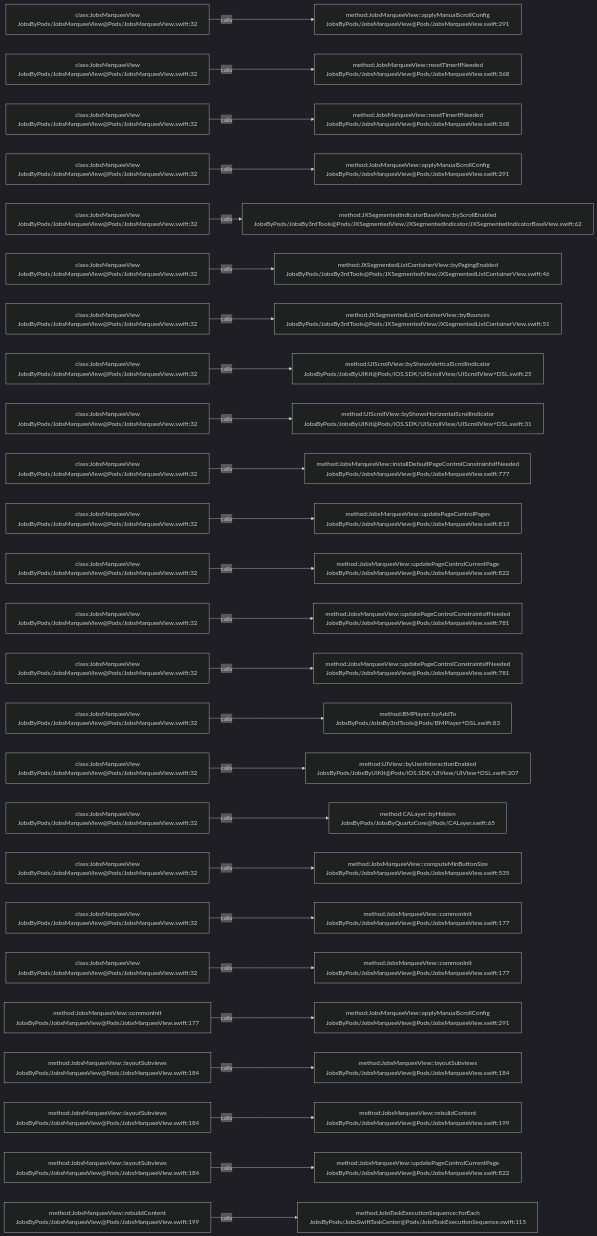
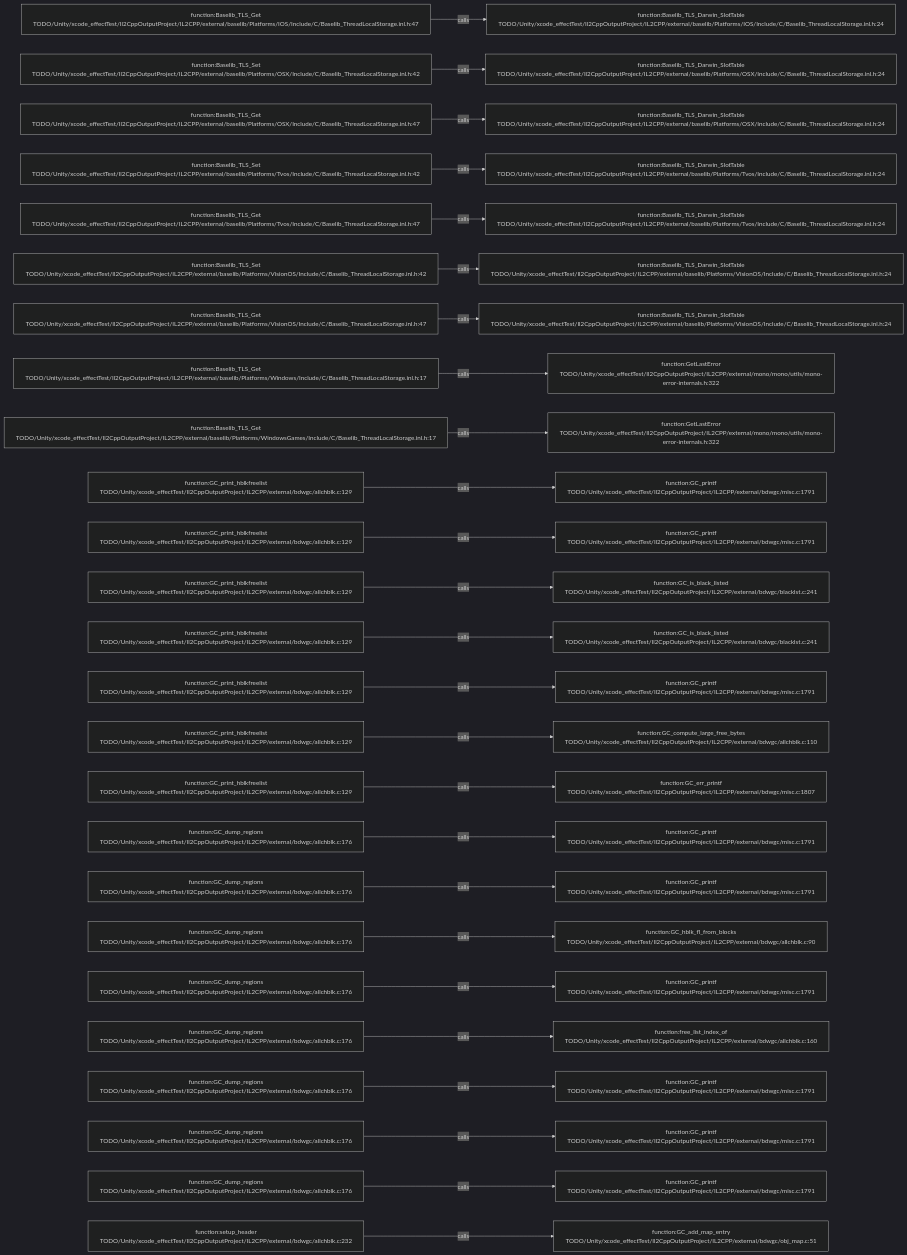
One commit to JobsKits/JobsSwiftBaseConfigDemo changed the diagram in .codegraph/codegraph.md/graphs/calls-141.md. Above: the diagram before and after it, drawn with Mermaid (dark theme). The commit also changed 569 other files, not shown here.

````diff
--- a/.codegraph/codegraph.md/graphs/calls-141.md
+++ b/.codegraph/codegraph.md/graphs/calls-141.md
@@ -13,78 +13,78 @@
 ```mermaid
 flowchart LR
-  S1["class:JobsMarqueeView<br/>JobsByPods/JobsMarqueeView@Pods/JobsMarqueeView.swift:32"]
-  T1["method:JobsMarqueeView::applyManualScrollConfig<br/>JobsByPods/JobsMarqueeView@Pods/JobsMarqueeView.swift:291"]
+  S1["function:Baselib_TLS_Get<br/>TODO/Unity/xcode_effectTest/Il2CppOutputProject/IL2CPP/external/baselib/Platforms/IOS/Include/C/Baselib_ThreadLocalStorage.inl.h:47"]
+  T1["function:Baselib_TLS_Darwin_SlotTable<br/>TODO/Unity/xcode_effectTest/Il2CppOutputProject/IL2CPP/external/baselib/Platforms/IOS/Include/C/Baselib_ThreadLocalStorage.inl.h:24"]
   S1 -->|calls| T1
-  S2["class:JobsMarqueeView<br/>JobsByPods/JobsMarqueeView@Pods/JobsMarqueeView.swift:32"]
-  T2["method:JobsMarqueeView::resetTimerIfNeeded<br/>JobsByPods/JobsMarqueeView@Pods/JobsMarqueeView.swift:368"]
+  S2["function:Baselib_TLS_Set<br/>TODO/Unity/xcode_effectTest/Il2CppOutputProject/IL2CPP/external/baselib/Platforms/OSX/Include/C/Baselib_ThreadLocalStorage.inl.h:42"]
+  T2["function:Baselib_TLS_Darwin_SlotTable<br/>TODO/Unity/xcode_effectTest/Il2CppOutputProject/IL2CPP/external/baselib/Platforms/OSX/Include/C/Baselib_ThreadLocalStorage.inl.h:24"]
   S2 -->|calls| T2
-  S3["class:JobsMarqueeView<br/>JobsByPods/JobsMarqueeView@Pods/JobsMarqueeView.swift:32"]
-  T3["method:JobsMarqueeView::resetTimerIfNeeded<br/>JobsByPods/JobsMarqueeView@Pods/JobsMarqueeView.swift:368"]
+  S3["function:Baselib_TLS_Get<br/>TODO/Unity/xcode_effectTest/Il2CppOutputProject/IL2CPP/external/baselib/Platforms/OSX/Include/C/Baselib_ThreadLocalStorage.inl.h:47"]
+  T3["function:Baselib_TLS_Darwin_SlotTable<br/>TODO/Unity/xcode_effectTest/Il2CppOutputProject/IL2CPP/external/baselib/Platforms/OSX/Include/C/Baselib_ThreadLocalStorage.inl.h:24"]
   S3 -->|calls| T3
-  S4["class:JobsMarqueeView<br/>JobsByPods/JobsMarqueeView@Pods/JobsMarqueeView.swift:32"]
-  T4["method:JobsMarqueeView::applyManualScrollConfig<br/>JobsByPods/JobsMarqueeView@Pods/JobsMarqueeView.swift:291"]
+  S4["function:Baselib_TLS_Set<br/>TODO/Unity/xcode_effectTest/Il2CppOutputProject/IL2CPP/external/baselib/Platforms/Tvos/Include/C/Baselib_ThreadLocalStorage.inl.h:42"]
+  T4["function:Baselib_TLS_Darwin_SlotTable<br/>TODO/Unity/xcode_effectTest/Il2CppOutputProject/IL2CPP/external/baselib/Platforms/Tvos/Include/C/Baselib_ThreadLocalStorage.inl.h:24"]
   S4 -->|calls| T4
-  S5["class:JobsMarqueeView<br/>JobsByPods/JobsMarqueeView@Pods/JobsMarqueeView.swift:32"]
-  T5["method:JXSegmentedIndicatorBaseView::byScrollEnabled<br/>JobsByPods/JobsBy3rdTools@Pods/JXSegmentedView/JXSegmentedIndicator/JXSegmentedIndicatorBaseView.swift:62"]
+  S5["function:Baselib_TLS_Get<br/>TODO/Unity/xcode_effectTest/Il2CppOutputProject/IL2CPP/external/baselib/Platforms/Tvos/Include/C/Baselib_ThreadLocalStorage.inl.h:47"]
+  T5["function:Baselib_TLS_Darwin_SlotTable<br/>TODO/Unity/xcode_effectTest/Il2CppOutputProject/IL2CPP/external/baselib/Platforms/Tvos/Include/C/Baselib_ThreadLocalStorage.inl.h:24"]
   S5 -->|calls| T5
-  S6["class:JobsMarqueeView<br/>JobsByPods/JobsMarqueeView@Pods/JobsMarqueeView.swift:32"]
-  T6["method:JXSegmentedListContainerView::byPagingEnabled<br/>JobsByPods/JobsBy3rdTools@Pods/JXSegmentedView/JXSegmentedListContainerView.swift:46"]
+  S6["function:Baselib_TLS_Set<br/>TODO/Unity/xcode_effectTest/Il2CppOutputProject/IL2CPP/external/baselib/Platforms/VisionOS/Include/C/Baselib_ThreadLocalStorage.inl.h:42"]
+  T6["function:Baselib_TLS_Darwin_SlotTable<br/>TODO/Unity/xcode_effectTest/Il2CppOutputProject/IL2CPP/external/baselib/Platforms/VisionOS/Include/C/Baselib_ThreadLocalStorage.inl.h:24"]
   S6 -->|calls| T6
-  S7["class:JobsMarqueeView<br/>JobsByPods/JobsMarqueeView@Pods/JobsMarqueeView.swift:32"]
-  T7["method:JXSegmentedListContainerView::byBounces<br/>JobsByPods/JobsBy3rdTools@Pods/JXSegmentedView/JXSegmentedListContainerView.swift:51"]
+  S7["function:Baselib_TLS_Get<br/>TODO/Unity/xcode_effectTest/Il2CppOutputProject/IL2CPP/external/baselib/Platforms/VisionOS/Include/C/Baselib_ThreadLocalStorage.inl.h:47"]
+  T7["function:Baselib_TLS_Darwin_SlotTable<br/>TODO/Unity/xcode_effectTest/Il2CppOutputProject/IL2CPP/external/baselib/Platforms/VisionOS/Include/C/Baselib_ThreadLocalStorage.inl.h:24"]
   S7 -->|calls| T7
-  S8["class:JobsMarqueeView<br/>JobsByPods/JobsMarqueeView@Pods/JobsMarqueeView.swift:32"]
-  T8["method:UIScrollView::byShowsVerticalScrollIndicator<br/>JobsByPods/JobsByUIKit@Pods/iOS.SDK/UIScrollView/UIScrollView+DSL.swift:25"]
+  S8["function:Baselib_TLS_Get<br/>TODO/Unity/xcode_effectTest/Il2CppOutputProject/IL2CPP/external/baselib/Platforms/Windows/Include/C/Baselib_ThreadLocalStorage.inl.h:17"]
+  T8["function:GetLastError<br/>TODO/Unity/xcode_effectTest/Il2CppOutputProject/IL2CPP/external/mono/mono/utils/mono-error-internals.h:322"]
   S8 -->|calls| T8
-  S9["class:JobsMarqueeView<br/>JobsByPods/JobsMarqueeView@Pods/JobsMarqueeView.swift:32"]
-  T9["method:UIScrollView::byShowsHorizontalScrollIndicator<br/>JobsByPods/JobsByUIKit@Pods/iOS.SDK/UIScrollView/UIScrollView+DSL.swift:31"]
+  S9["function:Baselib_TLS_Get<br/>TODO/Unity/xcode_effectTest/Il2CppOutputProject/IL2CPP/external/baselib/Platforms/WindowsGames/Include/C/Baselib_ThreadLocalStorage.inl.h:17"]
+  T9["function:GetLastError<br/>TODO/Unity/xcode_effectTest/Il2CppOutputProject/IL2CPP/external/mono/mono/utils/mono-error-internals.h:322"]
   S9 -->|calls| T9
-  S10["class:JobsMarqueeView<br/>JobsByPods/JobsMarqueeView@Pods/JobsMarqueeView.swift:32"]
-  T10["method:JobsMarqueeView::installDefaultPageControlConstraintsIfNeeded<br/>JobsByPods/JobsMarqueeView@Pods/JobsMarqueeView.swift:777"]
+  S10["function:GC_print_hblkfreelist<br/>TODO/Unity/xcode_effectTest/Il2CppOutputProject/IL2CPP/external/bdwgc/allchblk.c:129"]
+  T10["function:GC_printf<br/>TODO/Unity/xcode_effectTest/Il2CppOutputProject/IL2CPP/external/bdwgc/misc.c:1791"]
   S10 -->|calls| T10
-  S11["class:JobsMarqueeView<br/>JobsByPods/JobsMarqueeView@Pods/JobsMarqueeView.swift:32"]
-  T11["method:JobsMarqueeView::updatePageControlPages<br/>JobsByPods/JobsMarqueeView@Pods/JobsMarqueeView.swift:813"]
+  S11["function:GC_print_hblkfreelist<br/>TODO/Unity/xcode_effectTest/Il2CppOutputProject/IL2CPP/external/bdwgc/allchblk.c:129"]
+  T11["function:GC_printf<br/>TODO/Unity/xcode_effectTest/Il2CppOutputProject/IL2CPP/external/bdwgc/misc.c:1791"]
   S11 -->|calls| T11
-  S12["class:JobsMarqueeView<br/>JobsByPods/JobsMarqueeView@Pods/JobsMarqueeView.swift:32"]
-  T12["method:JobsMarqueeView::updatePageControlCurrentPage<br/>JobsByPods/JobsMarqueeView@Pods/JobsMarqueeView.swift:822"]
+  S12["function:GC_print_hblkfreelist<br/>TODO/Unity/xcode_effectTest/Il2CppOutputProject/IL2CPP/external/bdwgc/allchblk.c:129"]
+  T12["function:GC_is_black_listed<br/>TODO/Unity/xcode_effectTest/Il2CppOutputProject/IL2CPP/external/bdwgc/blacklst.c:241"]
   S12 -->|calls| T12
-  S13["class:JobsMarqueeView<br/>JobsByPods/JobsMarqueeView@Pods/JobsMarqueeView.swift:32"]
-  T13["method:JobsMarqueeView::updatePageControlConstraintsIfNeeded<br/>JobsByPods/JobsMarqueeView@Pods/JobsMarqueeView.swift:781"]
+  S13["function:GC_print_hblkfreelist<br/>TODO/Unity/xcode_effectTest/Il2CppOutputProject/IL2CPP/external/bdwgc/allchblk.c:129"]
+  T13["function:GC_is_black_listed<br/>TODO/Unity/xcode_effectTest/Il2CppOutputProject/IL2CPP/external/bdwgc/blacklst.c:241"]
   S13 -->|calls| T13
-  S14["class:JobsMarqueeView<br/>JobsByPods/JobsMarqueeView@Pods/JobsMarqueeView.swift:32"]
-  T14["method:JobsMarqueeView::updatePageControlConstraintsIfNeeded<br/>JobsByPods/JobsMarqueeView@Pods/JobsMarqueeView.swift:781"]
+  S14["function:GC_print_hblkfreelist<br/>TODO/Unity/xcode_effectTest/Il2CppOutputProject/IL2CPP/external/bdwgc/allchblk.c:129"]
+  T14["function:GC_printf<br/>TODO/Unity/xcode_effectTest/Il2CppOutputProject/IL2CPP/external/bdwgc/misc.c:1791"]
   S14 -->|calls| T14
-  S15["class:JobsMarqueeView<br/>JobsByPods/JobsMarqueeView@Pods/JobsMarqueeView.swift:32"]
-  T15["method:BMPlayer::byAddTo<br/>JobsByPods/JobsBy3rdTools@Pods/BMPlayer+DSL.swift:83"]
+  S15["function:GC_print_hblkfreelist<br/>TODO/Unity/xcode_effectTest/Il2CppOutputProject/IL2CPP/external/bdwgc/allchblk.c:129"]
+  T15["function:GC_compute_large_free_bytes<br/>TODO/Unity/xcode_effectTest/Il2CppOutputProject/IL2CPP/external/bdwgc/allchblk.c:110"]
   S15 -->|calls| T15
-  S16["class:JobsMarqueeView<br/>JobsByPods/JobsMarqueeView@Pods/JobsMarqueeView.swift:32"]
-  T16["method:UIView::byUserInteractionEnabled<br/>JobsByPods/JobsByUIKit@Pods/iOS.SDK/UIView/UIView+DSL.swift:207"]
+  S16["function:GC_print_hblkfreelist<br/>TODO/Unity/xcode_effectTest/Il2CppOutputProject/IL2CPP/external/bdwgc/allchblk.c:129"]
+  T16["function:GC_err_printf<br/>TODO/Unity/xcode_effectTest/Il2CppOutputProject/IL2CPP/external/bdwgc/misc.c:1807"]
   S16 -->|calls| T16
-  S17["class:JobsMarqueeView<br/>JobsByPods/JobsMarqueeView@Pods/JobsMarqueeView.swift:32"]
-  T17["method:CALayer::byHidden<br/>JobsByPods/JobsByQuartzCore@Pods/CALayer.swift:65"]
+  S17["function:GC_dump_regions<br/>TODO/Unity/xcode_effectTest/Il2CppOutputProject/IL2CPP/external/bdwgc/allchblk.c:176"]
+  T17["function:GC_printf<br/>TODO/Unity/xcode_effectTest/Il2CppOutputProject/IL2CPP/external/bdwgc/misc.c:1791"]
   S17 -->|calls| T17
-  S18["class:JobsMarqueeView<br/>JobsByPods/JobsMarqueeView@Pods/JobsMarqueeView.swift:32"]
-  T18["method:JobsMarqueeView::computeMinButtonSize<br/>JobsByPods/JobsMarqueeView@Pods/JobsMarqueeView.swift:535"]
+  S18["function:GC_dump_regions<br/>TODO/Unity/xcode_effectTest/Il2CppOutputProject/IL2CPP/external/bdwgc/allchblk.c:176"]
+  T18["function:GC_printf<br/>TODO/Unity/xcode_effectTest/Il2CppOutputProject/IL2CPP/external/bdwgc/misc.c:1791"]
   S18 -->|calls| T18
-  S19["class:JobsMarqueeView<br/>JobsByPods/JobsMarqueeView@Pods/JobsMarqueeView.swift:32"]
-  T19["method:JobsMarqueeView::commonInit<br/>JobsByPods/JobsMarqueeView@Pods/JobsMarqueeView.swift:177"]
+  S19["function:GC_dump_regions<br/>TODO/Unity/xcode_effectTest/Il2CppOutputProject/IL2CPP/external/bdwgc/allchblk.c:176"]
+  T19["function:GC_hblk_fl_from_blocks<br/>TODO/Unity/xcode_effectTest/Il2CppOutputProject/IL2CPP/external/bdwgc/allchblk.c:90"]
   S19 -->|calls| T19
-  S20["class:JobsMarqueeView<br/>JobsByPods/JobsMarqueeView@Pods/JobsMarqueeView.swift:32"]
-  T20["method:JobsMarqueeView::commonInit<br/>JobsByPods/JobsMarqueeView@Pods/JobsMarqueeView.swift:177"]
+  S20["function:GC_dump_regions<br/>TODO/Unity/xcode_effectTest/Il2CppOutputProject/IL2CPP/external/bdwgc/allchblk.c:176"]
+  T20["function:GC_printf<br/>TODO/Unity/xcode_effectTest/Il2CppOutputProject/IL2CPP/external/bdwgc/misc.c:1791"]
   S20 -->|calls| T20
-  S21["method:JobsMarqueeView::commonInit<br/>JobsByPods/JobsMarqueeView@Pods/JobsMarqueeView.swift:177"]
-  T21["method:JobsMarqueeView::applyManualScrollConfig<br/>JobsByPods/JobsMarqueeView@Pods/JobsMarqueeView.swift:291"]
+  S21["function:GC_dump_regions<br/>TODO/Unity/xcode_effectTest/Il2CppOutputProject/IL2CPP/external/bdwgc/allchblk.c:176"]
+  T21["function:free_list_index_of<br/>TODO/Unity/xcode_effectTest/Il2CppOutputProject/IL2CPP/external/bdwgc/allchblk.c:160"]
   S21 -->|calls| T21
-  S22["method:JobsMarqueeView::layoutSubviews<br/>JobsByPods/JobsMarqueeView@Pods/JobsMarqueeView.swift:184"]
-  T22["method:JobsMarqueeView::layoutSubviews<br/>JobsByPods/JobsMarqueeView@Pods/JobsMarqueeView.swift:184"]
+  S22["function:GC_dump_regions<br/>TODO/Unity/xcode_effectTest/Il2CppOutputProject/IL2CPP/external/bdwgc/allchblk.c:176"]
+  T22["function:GC_printf<br/>TODO/Unity/xcode_effectTest/Il2CppOutputProject/IL2CPP/external/bdwgc/misc.c:1791"]
   S22 -->|calls| T22
-  S23["method:JobsMarqueeView::layoutSubviews<br/>JobsByPods/JobsMarqueeView@Pods/JobsMarqueeView.swift:184"]
-  T23["method:JobsMarqueeView::rebuildContent<br/>JobsByPods/JobsMarqueeView@Pods/JobsMarqueeView.swift:199"]
+  S23["function:GC_dump_regions<br/>TODO/Unity/xcode_effectTest/Il2CppOutputProject/IL2CPP/external/bdwgc/allchblk.c:176"]
+  T23["function:GC_printf<br/>TODO/Unity/xcode_effectTest/Il2CppOutputProject/IL2CPP/external/bdwgc/misc.c:1791"]
   S23 -->|calls| T23
-  S24["method:JobsMarqueeView::layoutSubviews<br/>JobsByPods/JobsMarqueeView@Pods/JobsMarqueeView.swift:184"]
-  T24["method:JobsMarqueeView::updatePageControlCurrentPage<br/>JobsByPods/JobsMarqueeView@Pods/JobsMarqueeView.swift:822"]
+  S24["function:GC_dump_regions<br/>TODO/Unity/xcode_effectTest/Il2CppOutputProject/IL2CPP/external/bdwgc/allchblk.c:176"]
+  T24["function:GC_printf<br/>TODO/Unity/xcode_effectTest/Il2CppOutputProject/IL2CPP/external/bdwgc/misc.c:1791"]
   S24 -->|calls| T24
-  S25["method:JobsMarqueeView::rebuildContent<br/>JobsByPods/JobsMarqueeView@Pods/JobsMarqueeView.swift:199"]
-  T25["method:JobsTaskExecutionSequence::forEach<br/>JobsByPods/JobsSwiftTaskCenter@Pods/JobsTaskExecutionSequence.swift:115"]
+  S25["function:setup_header<br/>TODO/Unity/xcode_effectTest/Il2CppOutputProject/IL2CPP/external/bdwgc/allchblk.c:232"]
+  T25["function:GC_add_map_entry<br/>TODO/Unity/xcode_effectTest/Il2CppOutputProject/IL2CPP/external/bdwgc/obj_map.c:51"]
   S25 -->|calls| T25
 ```
````
